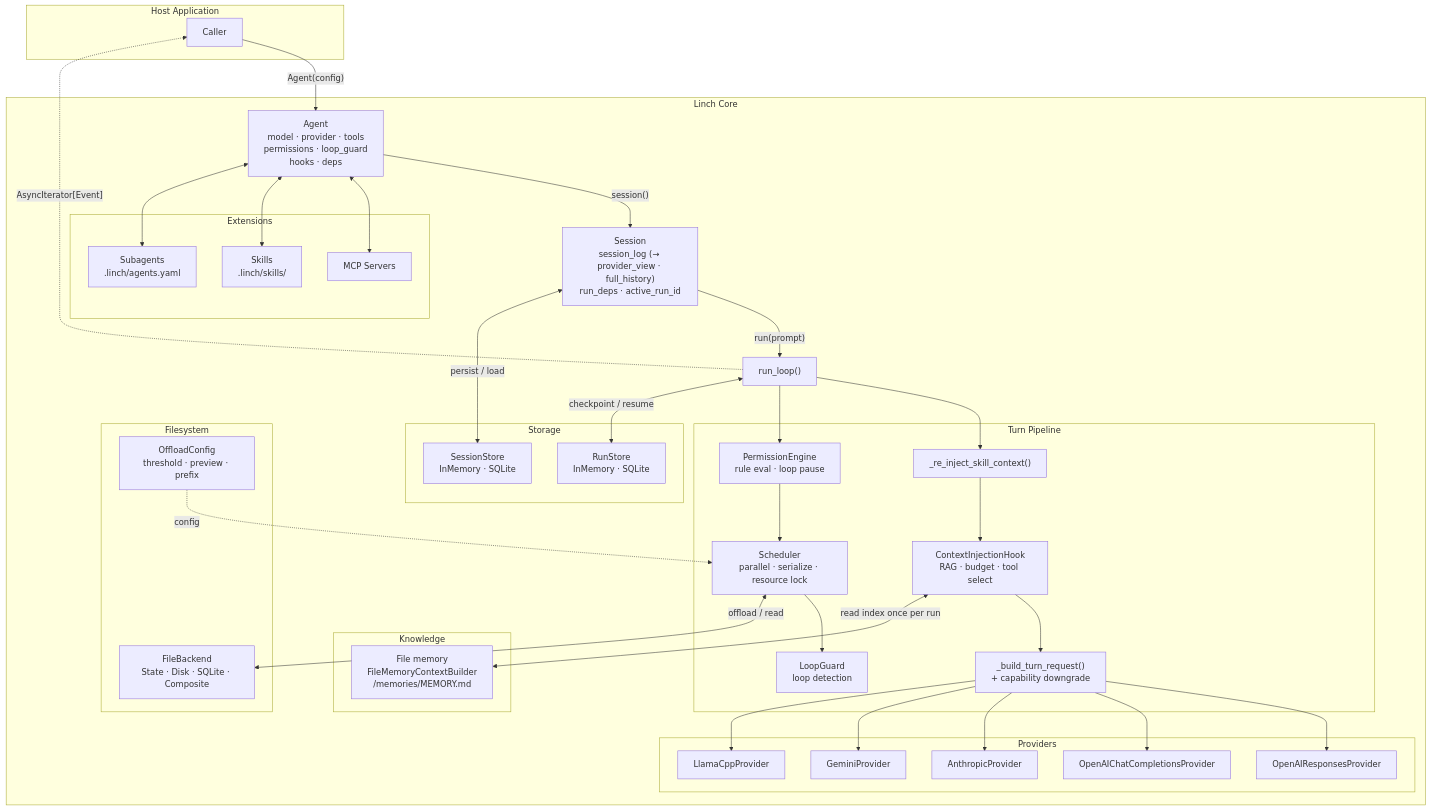
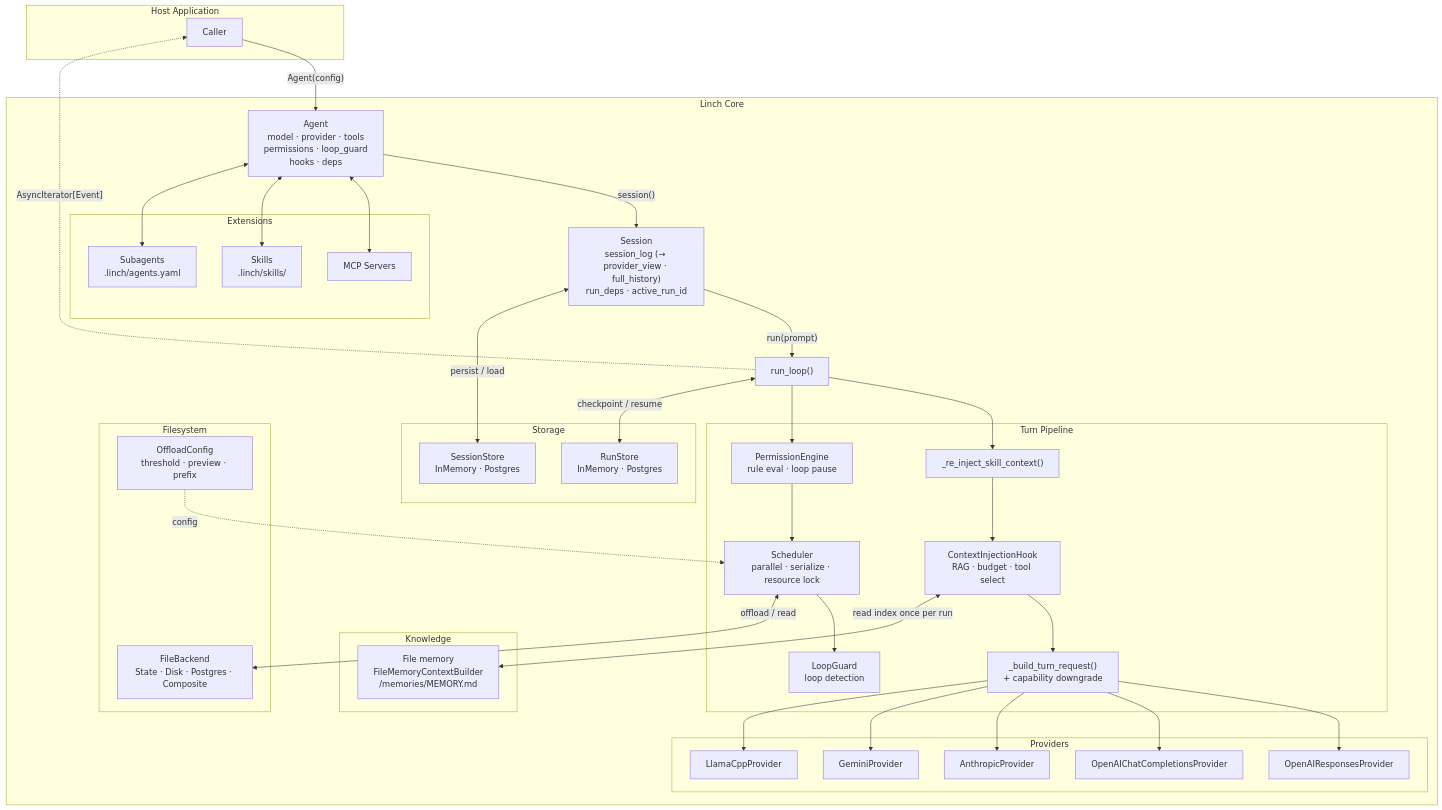
The diagram in docs/architecture/overview.md (DuyTa506/linch), drawn with Mermaid before and after one commit. The commit also changed 25 other files, not shown here.

Commit message:
Migrate guides and runtime scripts to Postgres or memory

````diff
--- a/docs/architecture/overview.md
+++ b/docs/architecture/overview.md
@@ -7,67 +7,67 @@
 ```mermaid
 graph TD
     subgraph Host["Host Application"]
         Caller["Caller"]
     end
 
     subgraph Core["Linch Core"]
         Agent["Agent\nmodel · provider · tools\npermissions · loop_guard\nhooks · deps"]
         Session["Session\nsession_log (→ provider_view · full_history)\nrun_deps · active_run_id"]
         RunLoop["run_loop()"]
 
         subgraph Pipeline["Turn Pipeline"]
             SK["_re_inject_skill_context()"]
             CB["ContextInjectionHook\nRAG · budget · tool select"]
             BTR["_build_turn_request()\n+ capability downgrade"]
             PERM["PermissionEngine\nrule eval · loop pause"]
             SCHED["Scheduler\nparallel · serialize · resource lock"]
             LG["LoopGuard\nloop detection"]
         end
 
         subgraph Providers["Providers"]
             OAR["OpenAIResponsesProvider"]
             OAC["OpenAIChatCompletionsProvider"]
             ANT["AnthropicProvider"]
             GEM["GeminiProvider"]
             LLM["LlamaCppProvider"]
         end
 
         subgraph Storage["Storage"]
-            SS["SessionStore\nInMemory · SQLite"]
-            RS["RunStore\nInMemory · SQLite"]
+            SS["SessionStore\nInMemory · Postgres"]
+            RS["RunStore\nInMemory · Postgres"]
         end
 
         subgraph Knowledge["Knowledge"]
             MEM["File memory\nFileMemoryContextBuilder\n/memories/MEMORY.md"]
         end
 
         subgraph Filesystem["Filesystem"]
-            FS["FileBackend\nState · Disk · SQLite · Composite"]
+            FS["FileBackend\nState · Disk · Postgres · Composite"]
             OFF["OffloadConfig\nthreshold · preview · prefix"]
         end
 
         subgraph Extensions["Extensions"]
             MCP["MCP Servers"]
             SKILLS["Skills\n.linch/skills/"]
             SUBA["Subagents\n.linch/agents.yaml"]
         end
     end
 
     Caller -->|"Agent(config)"| Agent
     Agent -->|"session()"| Session
     Session -->|"run(prompt)"| RunLoop
     RunLoop --> SK
     SK --> CB
     CB --> BTR
     BTR --> OAR & OAC & ANT & GEM & LLM
     RunLoop --> PERM
     PERM --> SCHED
     SCHED --> LG
     RunLoop -.->|"AsyncIterator[Event]"| Caller
     Session <-->|"persist / load"| SS
     RunLoop <-->|"checkpoint / resume"| RS
     CB <-->|"read index once per run"| MEM
     Agent <--> MCP & SKILLS & SUBA
     SCHED <-->|"offload / read"| FS
     OFF -.->|"config"| SCHED
 ```
````
